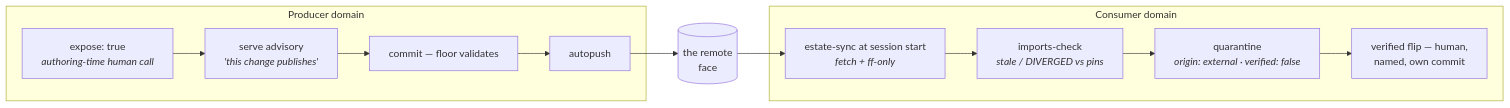
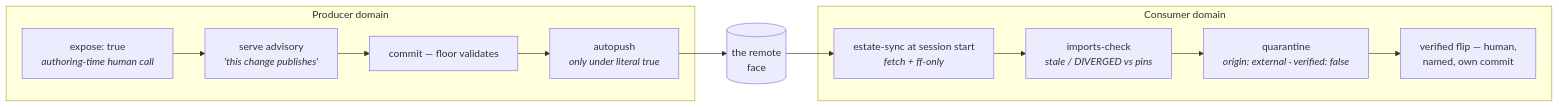
Before and after one commit to JanoshMoshiri/MarkdownLLM: the second of 4 diagrams in docs/estate-mechanics.md, drawn with Mermaid. The commit also changed other lines of this file and 32 other files, not shown here.

````diff
--- a/docs/estate-mechanics.md
+++ b/docs/estate-mechanics.md
@@ -98,25 +107,26 @@
 ```mermaid
 flowchart LR
     accTitle: The membrane between a producer domain and a consumer domain
     accDescr {
         Left to right, three zones. In the producer domain, an authoring-time
         human call sets exposed to true, which raises a serve advisory saying
-        this change publishes, then the commit is floor-validated and autopushed.
+        this change publishes, then the commit is floor-validated and, when
+        explicitly authorized, autopushed.
         That reaches the middle zone, the remote face. In the consumer domain,
         estate-sync fetches fast-forward-only at session start, imports-check
         compares against pins and reports stale or DIVERGED, imports land in
         quarantine marked origin external and verified false, and only a named
         human flips verified in its own commit. Transport is accelerated but
         trust is not: the producer never learns who pulls.
     }
     subgraph PROD["Producer domain"]
         E["expose: true<br/><i>authoring-time human call</i>"] --> SA["serve advisory<br/><i>'this change publishes'</i>"]
-        SA --> PC["commit — floor validates"] --> PA["autopush"]
+        SA --> PC["commit — floor validates"] --> PA["autopush<br/><i>only under literal true</i>"]
     end
     F[("the remote<br/>face")]
     subgraph CONS["Consumer domain"]
         S["estate-sync at session start<br/><i>fetch + ff-only</i>"] --> IC["imports-check<br/><i>stale / DIVERGED vs pins</i>"]
         IC --> QU["quarantine<br/><i>origin: external · verified: false</i>"] --> VF["verified flip — human,<br/>named, own commit"]
     end
     PA --> F --> S
 ```
````
